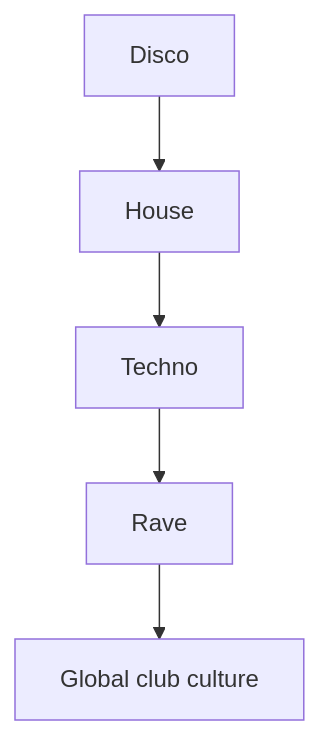
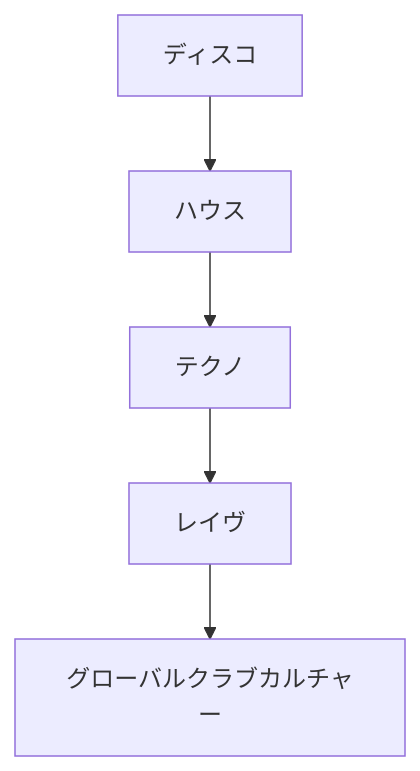
The fifth of 7 diagrams in en/_posts/2026-05-24-column-lgbtq-dance.md (monumental-movement/monumental-movement.github.io), drawn with Mermaid before and after one commit. The commit also changed other lines of this file and 2196 other files, not shown here.

```diff
--- a/en/_posts/2026-05-24-column-lgbtq-dance.md
+++ b/en/_posts/2026-05-24-column-lgbtq-dance.md
@@ -224,7 +224,7 @@
 <div class="mermaid">
 graph TD
-    A["Disco"] --> B["House"]
-    B --> C["Techno"]
-    C --> D["Rave"]
-    D --> E["Global club culture"]
+    A["ディスコ"] --> B["ハウス"]
+    B --> C["テクノ"]
+    C --> D["レイヴ"]
+    D --> E["グローバルクラブカルチャー"]
 </div>
```
